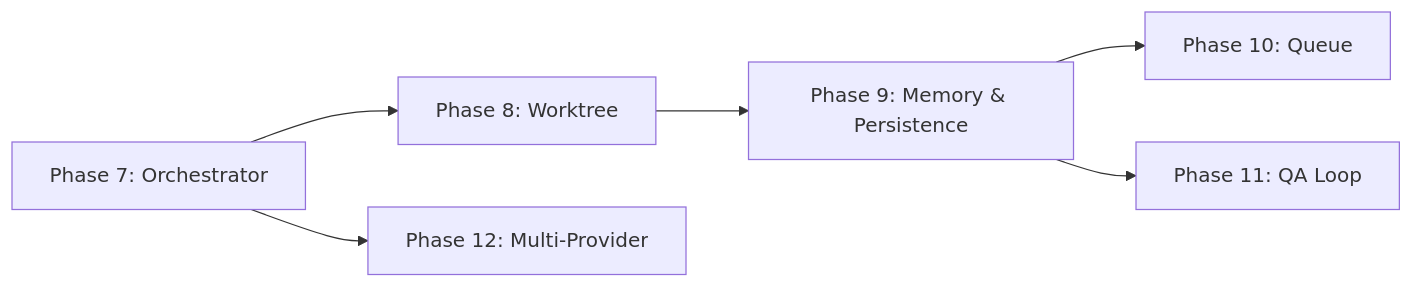
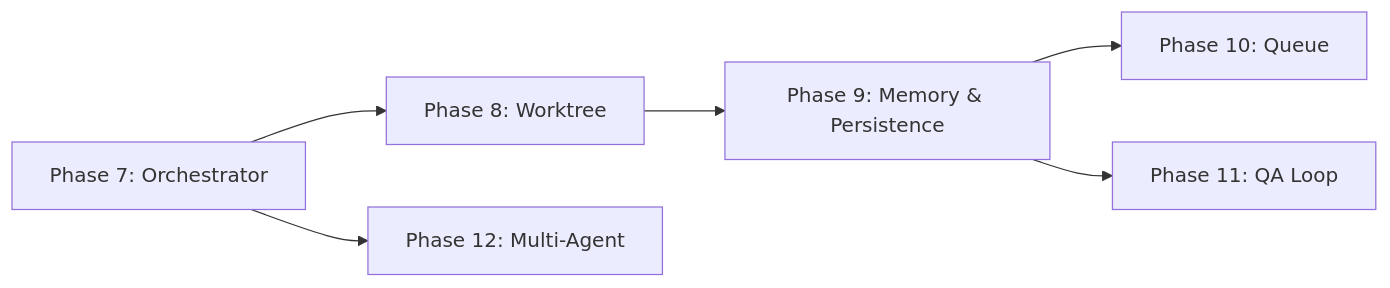
Before and after one commit to soilSpoon/ralph-web: the diagram in tasks/specs/phases.md, drawn with Mermaid. The commit also changed other lines of this file and 15 other files, not shown here.

````diff
--- a/tasks/specs/phases.md
+++ b/tasks/specs/phases.md
@@ -23,8 +23,8 @@
 ```mermaid
 graph LR
     P7[Phase 7: Orchestrator] --> P8[Phase 8: Worktree]
     P8 --> P9[Phase 9: Memory & Persistence]
     P9 --> P10[Phase 10: Queue]
     P9 --> P11[Phase 11: QA Loop]
-    P7 --> P12[Phase 12: Multi-Provider]
+    P7 --> P12[Phase 12: Multi-Agent]
 ```
````
